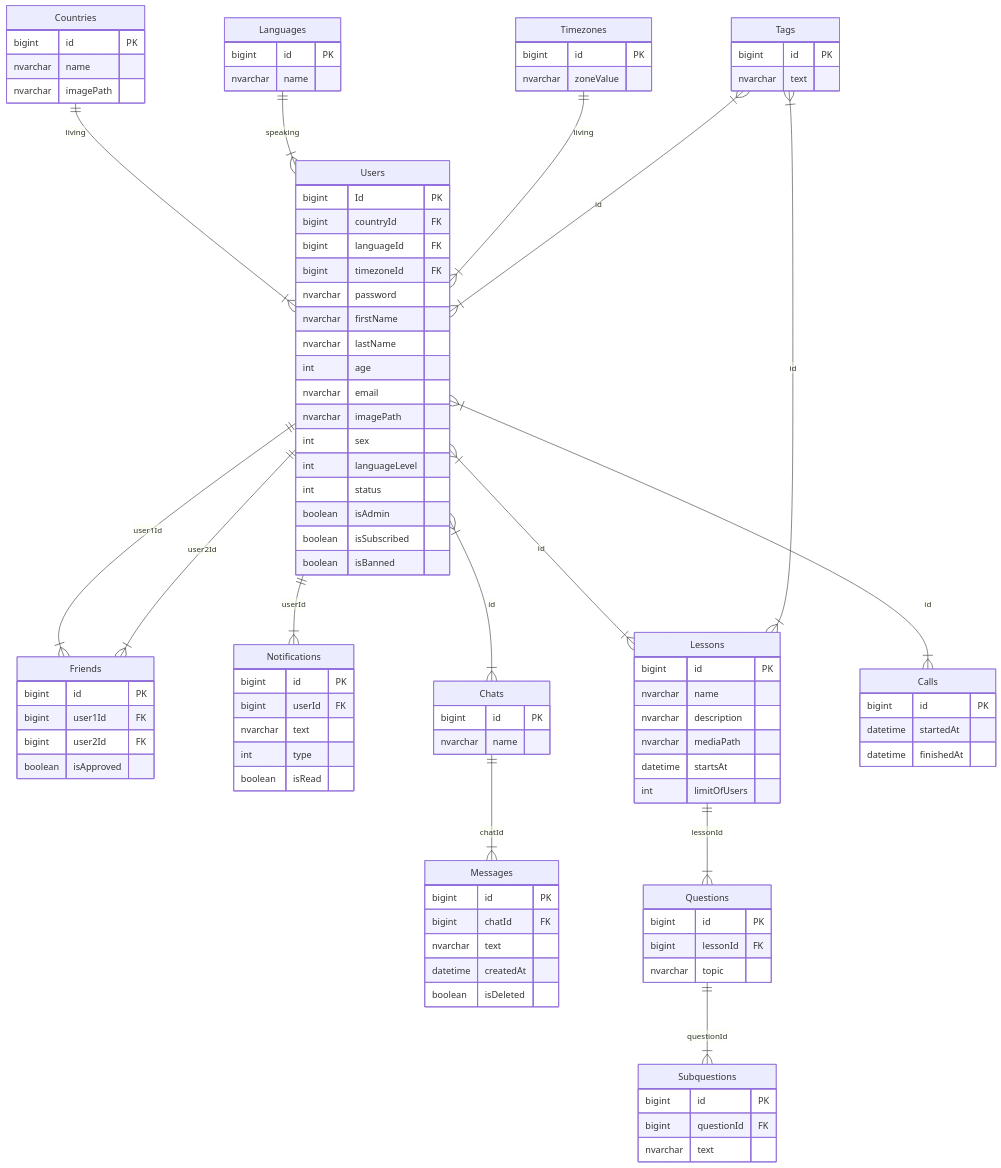
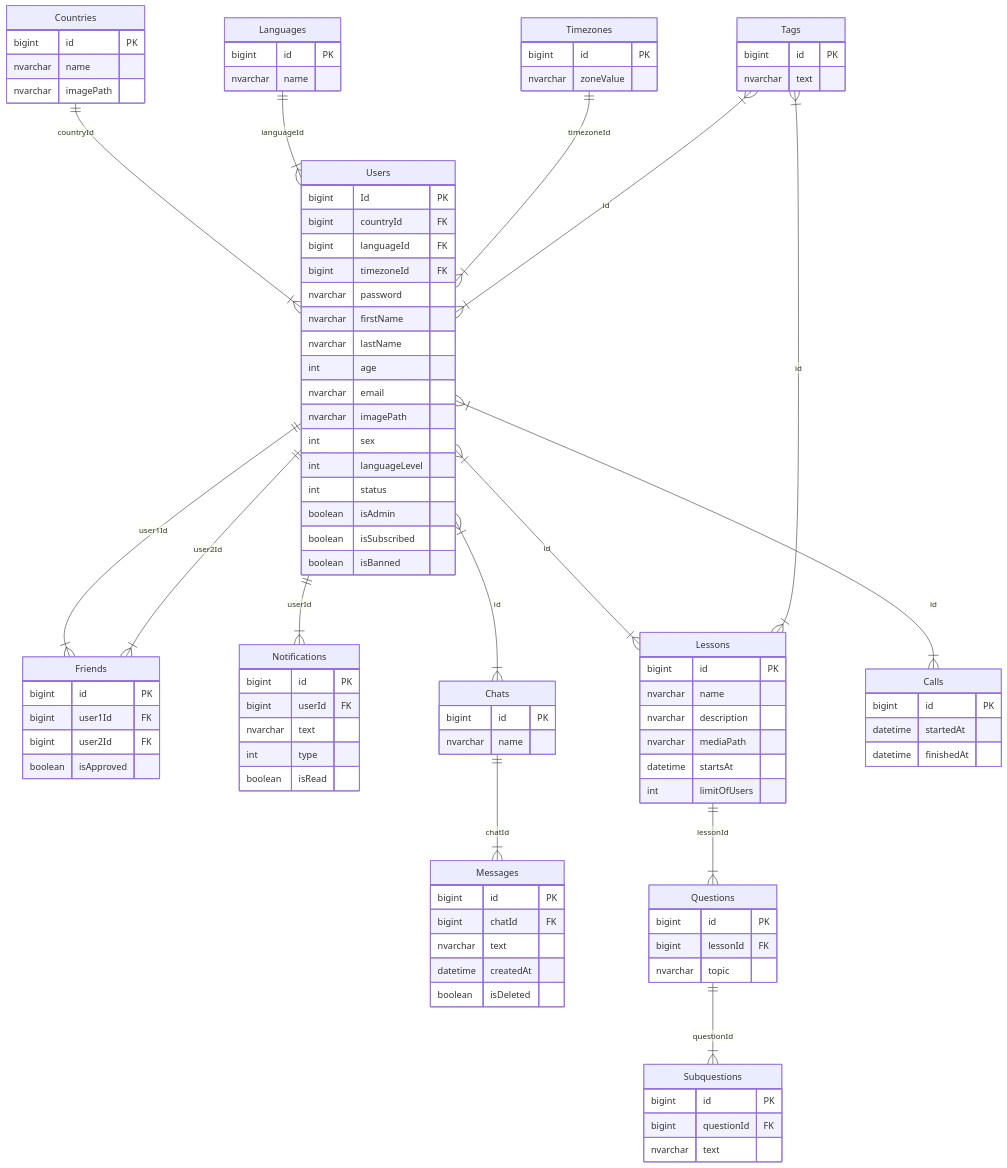
Before and after one commit to BinaryStudioAcademy/bsa-winter-2022-2023-easyspeak: the diagram in README.md, drawn with Mermaid.

Commit message:
renamed some connections

```diff
--- a/README.md
+++ b/README.md
@@ -105,20 +105,20 @@
     datetime finishedAt
   }
 
-  Countries ||--|{ Users : living
+  Countries ||--|{ Users : countryId
   Countries {
     bigint id PK
     nvarchar name 
     nvarchar imagePath
   }
 
-  Languages ||--|{ Users : speaking
+  Languages ||--|{ Users : languageId
   Languages {
     bigint id PK
     nvarchar name
   }
 
-  Timezones ||--|{ Users : living
+  Timezones ||--|{ Users : timezoneId
   Timezones {
     bigint id PK
     nvarchar zoneValue
```
